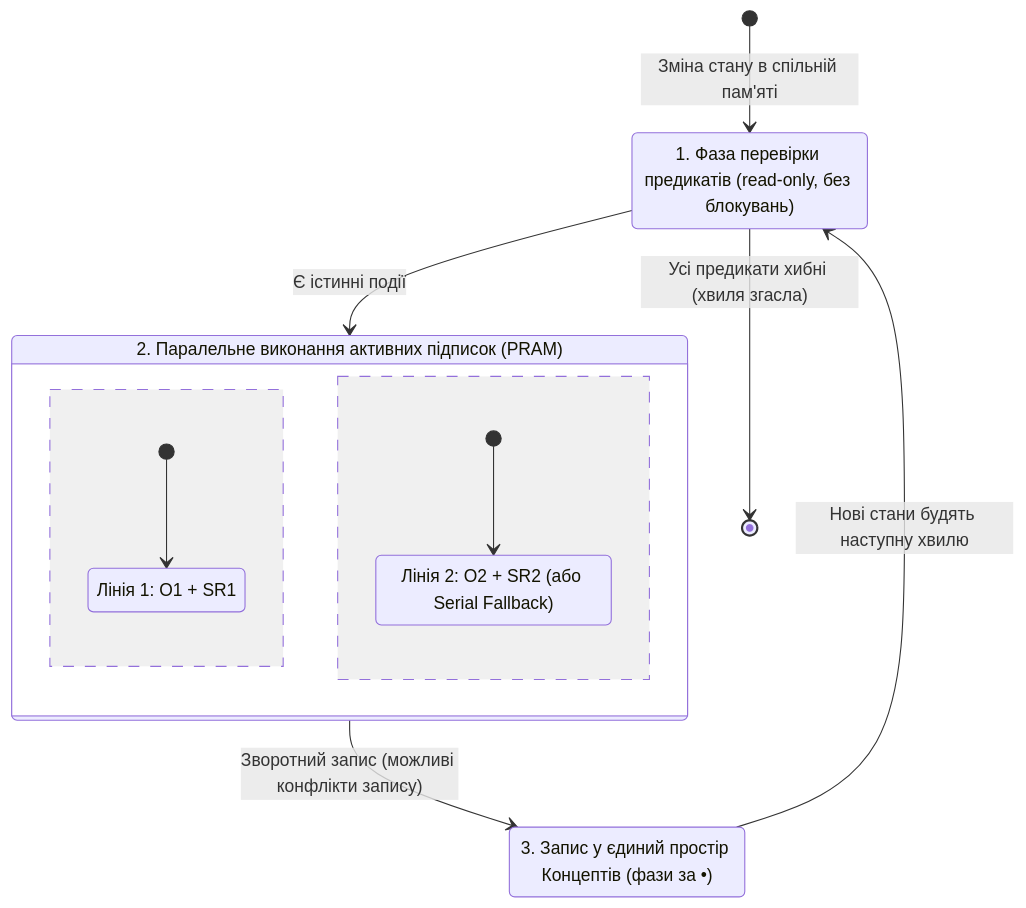
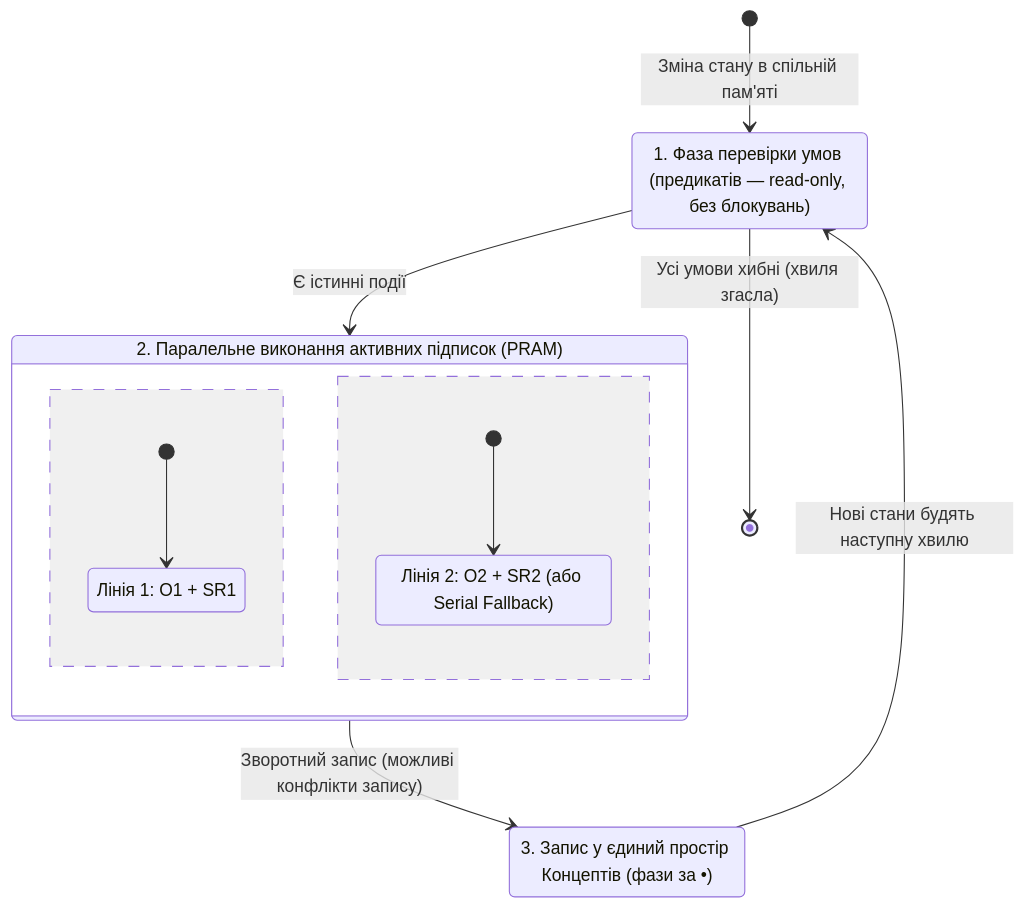
One commit to nick-fedchik/kuzmin-machine changed the fifth of 6 diagrams in Articles/DOU_Article_Kuzmin_Machine_Popular_UA.md. Above: the diagram before and after it, drawn with Mermaid. The commit also changed other lines of this file, not shown here.

````diff
--- a/Articles/DOU_Article_Kuzmin_Machine_Popular_UA.md
+++ b/Articles/DOU_Article_Kuzmin_Machine_Popular_UA.md
@@ -229,19 +229,19 @@
 ```mermaid
 stateDiagram-v2
     [*] --> CheckPredicates : Зміна стану в спільній пам'яті
 
-    state "1. Фаза перевірки предикатів (read-only, без блокувань)" as CheckPredicates
+    state "1. Фаза перевірки умов (предикатів — read-only, без блокувань)" as CheckPredicates
     state "2. Паралельне виконання активних підписок (PRAM)" as Exec {
         [*] --> Line1
         state "Лінія 1: O1 + SR1" as Line1
         --
         [*] --> Line2
         state "Лінія 2: O2 + SR2 (або Serial Fallback)" as Line2
     }
     state "3. Запис у єдиний простір Концептів (фази за •)" as Commit
 
     CheckPredicates --> Exec : Є істинні події
-    CheckPredicates --> [*] : Усі предикати хибні (хвиля згасла)
+    CheckPredicates --> [*] : Усі умови хибні (хвиля згасла)
     Exec --> Commit : Зворотний запис (можливі конфлікти запису)
     Commit --> CheckPredicates : Нові стани будять наступну хвилю
 ```
````
